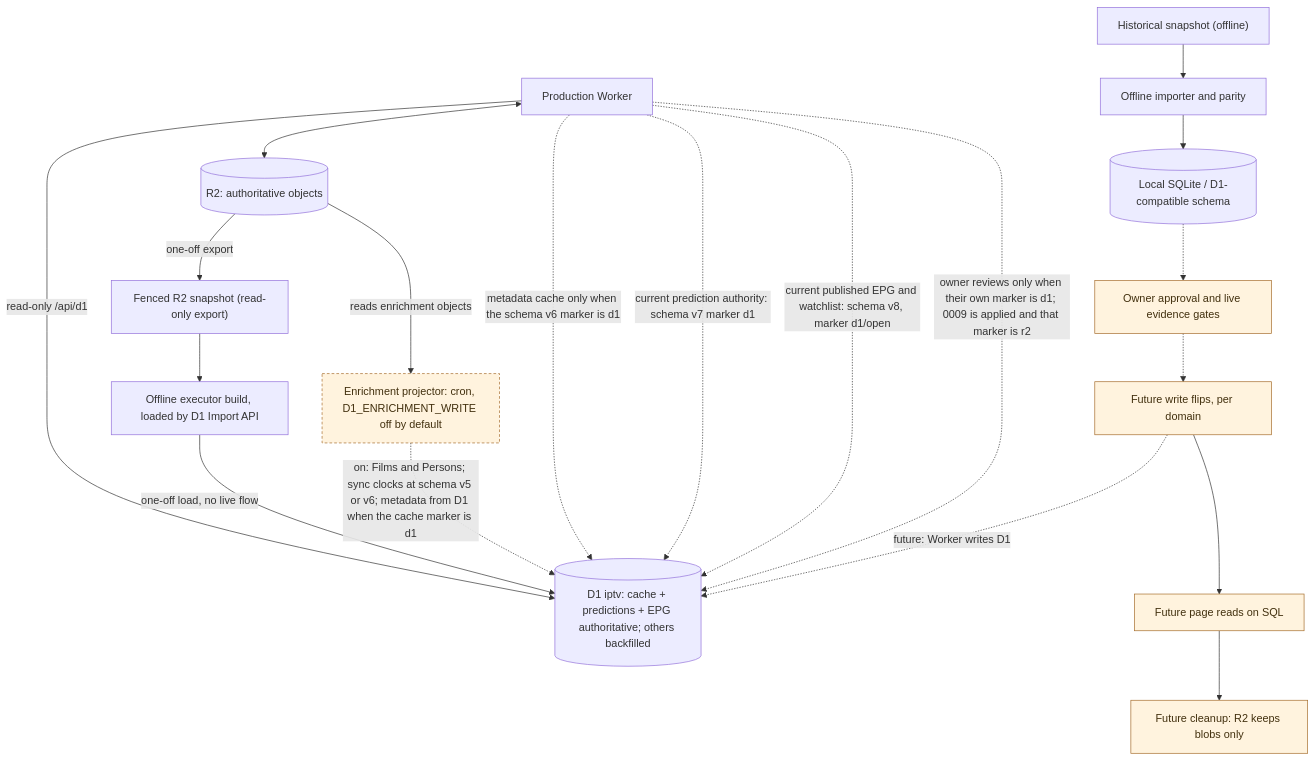
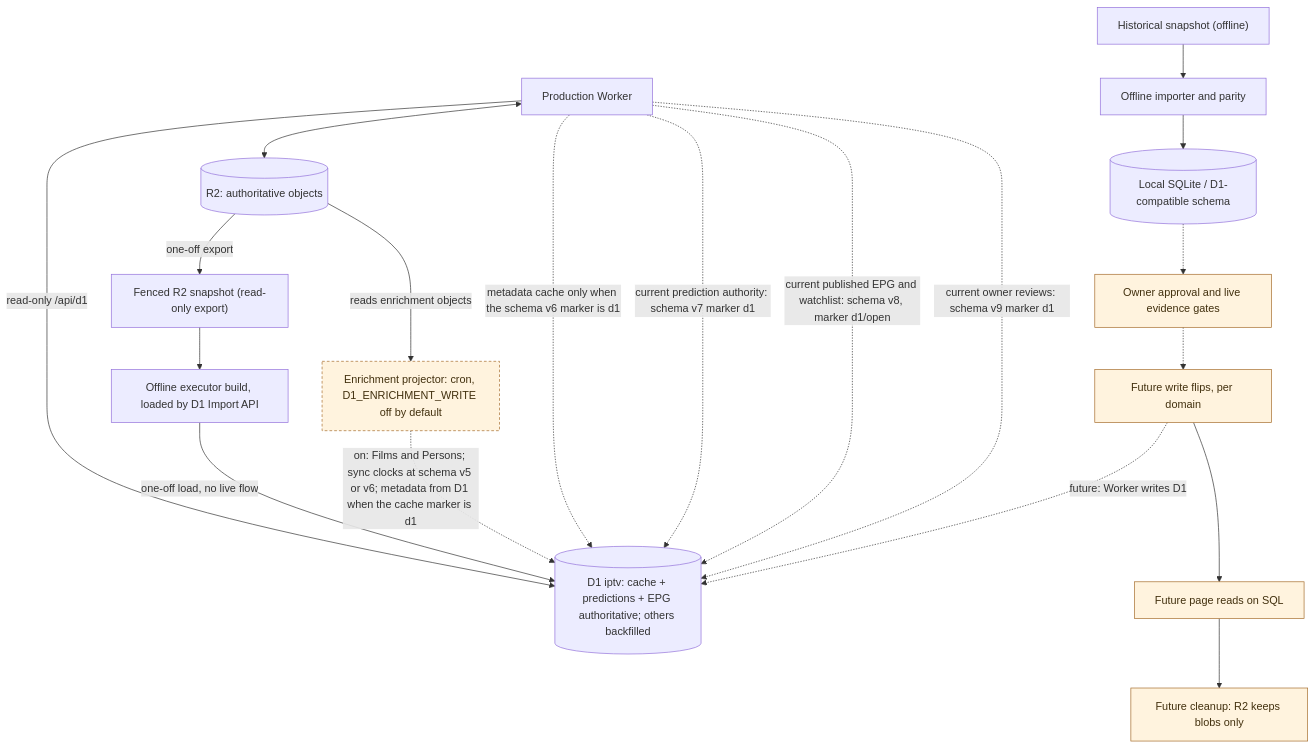
Before and after one commit to vladimino/iptv-watchlist: the diagram in docs/architecture/persistence-and-migration.md, drawn with Mermaid. The commit also changed other lines of this file and 18 other files, not shown here.

First line of the commit message:
Record the production activation of the owner-review marker.

````diff
--- a/docs/architecture/persistence-and-migration.md
+++ b/docs/architecture/persistence-and-migration.md
@@ -5,32 +5,32 @@
 ```mermaid
 flowchart TD
     worker["Production Worker"]
     r2[("R2: authoritative objects")]
     archive["Historical snapshot (offline)"]
     importer["Offline importer and parity"]
     local[("Local SQLite / D1-compatible schema")]
     gate["Owner approval and live evidence gates"]
     snapshot["Fenced R2 snapshot (read-only export)"]
     reload["Offline executor build, loaded by D1 Import API"]
     d1[("D1 iptv: cache + predictions + EPG authoritative; others backfilled")]
     projector["Enrichment projector: cron, D1_ENRICHMENT_WRITE off by default"]
     flipWrite["Future write flips, per domain"]
     flipRead["Future page reads on SQL"]
     retire["Future cleanup: R2 keeps blobs only"]
     worker <--> r2
     worker -->|read-only /api/d1| d1
     archive --> importer --> local
     local -.-> gate
     r2 -->|one-off export| snapshot --> reload -->|one-off load, no live flow| d1
     r2 -->|reads enrichment objects| projector -.->|on: Films and Persons; sync clocks at schema v5 or v6; metadata from D1 when the cache marker is d1| d1
     worker -.->|metadata cache only when the schema v6 marker is d1| d1
     worker -.->|current prediction authority: schema v7 marker d1| d1
     worker -.->|current published EPG and watchlist: schema v8, marker d1/open| d1
-    worker -.->|owner reviews only when their own marker is d1; 0009 is applied and that marker is r2| d1
+    worker -.->|current owner reviews: schema v9 marker d1| d1
     gate -.-> flipWrite -.->|future: Worker writes D1| d1
     flipWrite --> flipRead --> retire
     classDef future fill:#fff3de,stroke:#a56c2b,color:#42300e
     classDef gated fill:#fff3de,stroke:#a56c2b,color:#42300e,stroke-dasharray:4 3
     class gate,flipWrite,flipRead,retire future
     class projector gated
 ```
````
